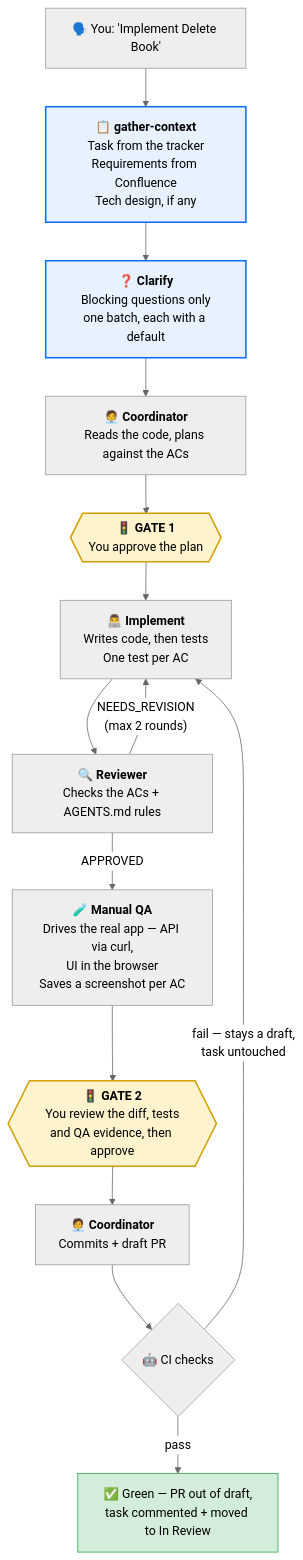
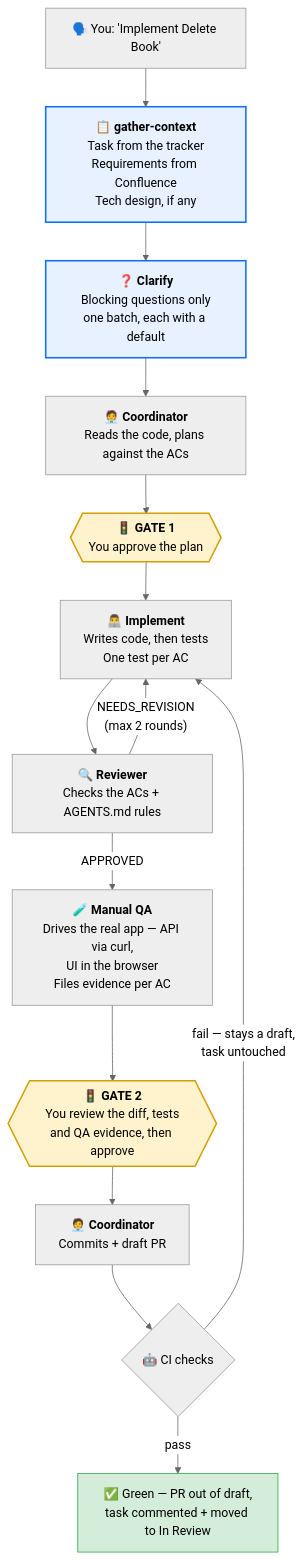
One commit to ihor-shndr/api-template-dotnet changed the diagram in README.md. Above: the diagram before and after it, drawn with Mermaid (neutral theme). The commit also changed other lines of this file and 1 other file, not shown here.

Commit message:
docs(agents): file QA evidence as text rather than screenshots
The browser tools cannot persist an image. The in-app browser has no
save_to_disk parameter, and claude-in-chrome accepts one but it is
schema-only and silently writes nothing (anthropics/claude-code#57838).
A subagent's result is text, so an inline screenshot reaches nobody --
promising one loses the evidence entirely.

manual-qa now saves curl transcripts, page text and console/network
output per criterion, and is told not to promise a screenshot it cannot
save. The network log is the stronger evidence anyway: a correct-looking
page cannot distinguish a real delete from an optimistic UI update over
a failed request.

Revisit with Playwright MCP, whose browser_take_screenshot does write
files.

````diff
--- a/README.md
+++ b/README.md
@@ -31,28 +31,28 @@
 ```mermaid
 flowchart TD
     You["🗣️ You: 'Implement Delete Book'"]
     Ctx["📋 <b>gather-context</b><br/>Task from the tracker<br/>Requirements from Confluence<br/>Tech design, if any"]
     Ask["❓ <b>Clarify</b><br/>Blocking questions only<br/>one batch, each with a default"]
     Plan["🧑‍💼 <b>Coordinator</b><br/>Reads the code, plans against the ACs"]
     Gate1{{"🚦 <b>GATE 1</b><br/>You approve the plan"}}
     Impl["👨‍💻 <b>Implement</b><br/>Writes code, then tests<br/>One test per AC"]
     Review["🔍 <b>Reviewer</b><br/>Checks the ACs + AGENTS.md rules"]
-    QA["🧪 <b>Manual QA</b><br/>Drives the real app — API via curl,<br/>UI in the browser<br/>Saves a screenshot per AC"]
+    QA["🧪 <b>Manual QA</b><br/>Drives the real app — API via curl,<br/>UI in the browser<br/>Files evidence per AC"]
     Gate2{{"🚦 <b>GATE 2</b><br/>You review the diff, tests<br/>and QA evidence, then approve"}}
     Ship["🧑‍💼 <b>Coordinator</b><br/>Commits + draft PR"]
     CI{"🤖 CI checks"}
     Done["✅ Green — PR out of draft,<br/>task commented + moved to In Review"]
 
     You --> Ctx --> Ask --> Plan --> Gate1 --> Impl --> Review
     Review -->|"NEEDS_REVISION<br/>(max 2 rounds)"| Impl
     Review -->|APPROVED| QA
     QA --> Gate2 --> Ship --> CI
     CI -->|"pass"| Done
     CI -->|"fail — stays a draft,<br/>task untouched"| Impl
 
     style Ctx fill:#e7f1ff,stroke:#0d6efd,stroke-width:2px,color:#000
     style Ask fill:#e7f1ff,stroke:#0d6efd,stroke-width:2px,color:#000
     style Gate1 fill:#fff3cd,stroke:#d39e00,stroke-width:2px,color:#000
     style Gate2 fill:#fff3cd,stroke:#d39e00,stroke-width:2px,color:#000
     style Done fill:#d4edda,stroke:#28a745,color:#000
 ```
````
